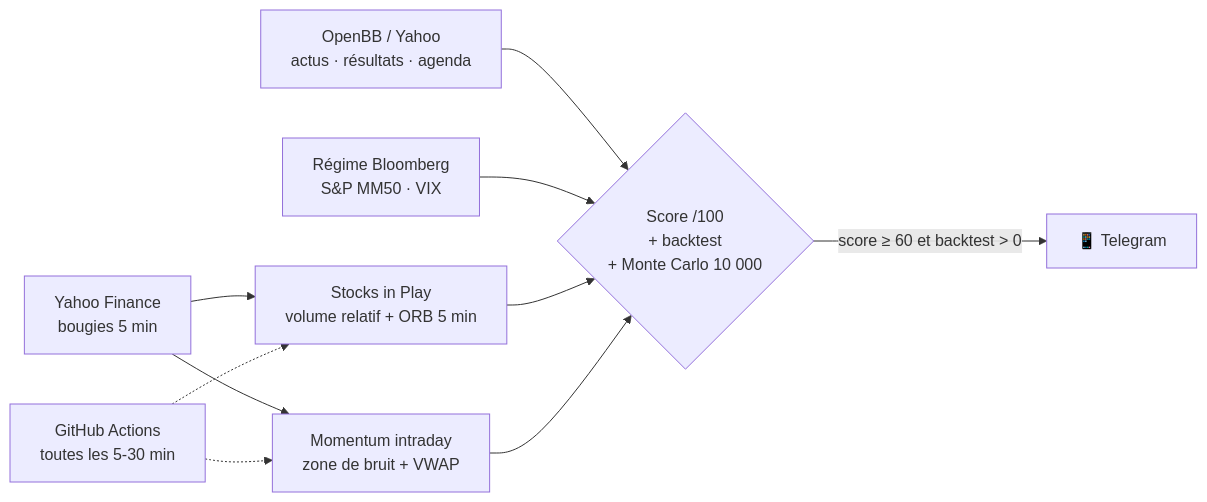
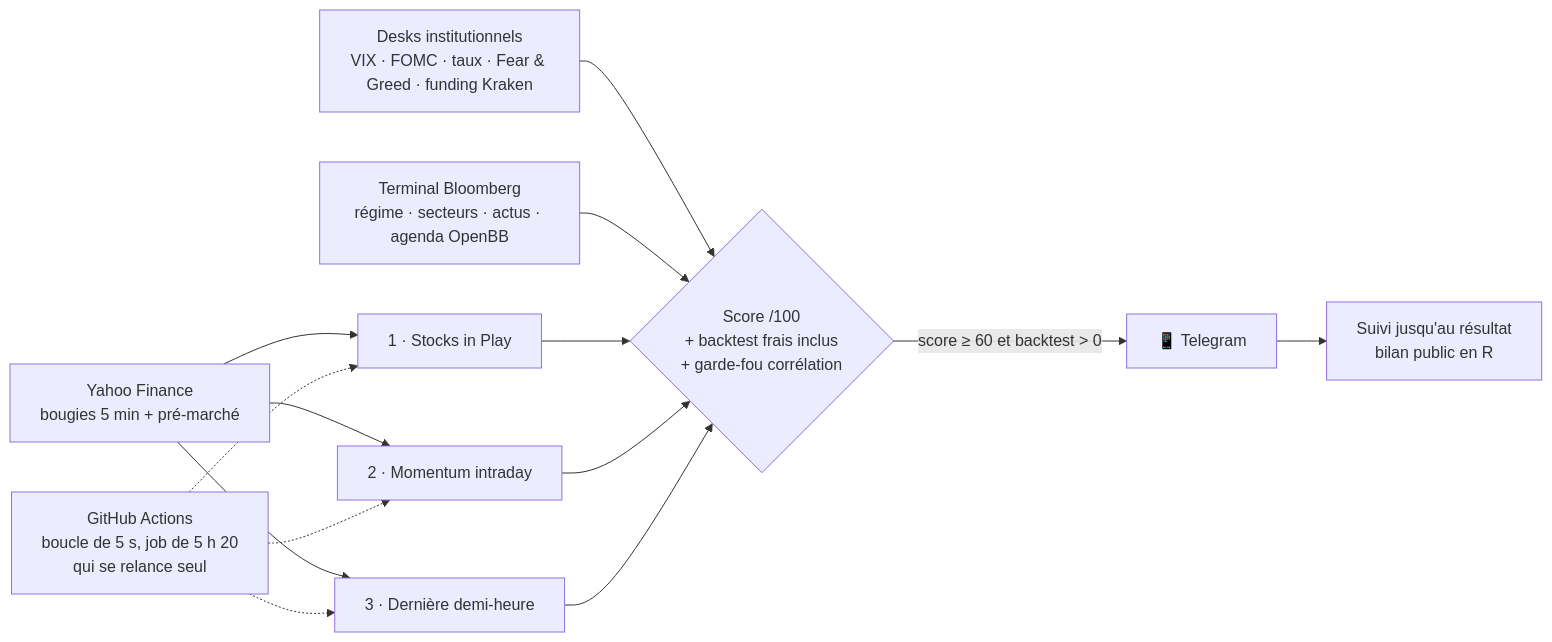
One commit to Taxi77777/crypto-signals-timesfm changed the diagram in README.md. Above: the diagram before and after it, drawn with Mermaid. The commit also changed other lines of this file and 9 other files, not shown here.

````diff
--- a/README.md
+++ b/README.md
@@ -83,11 +93,12 @@
 ```mermaid
 flowchart LR
-    Y[Yahoo Finance<br/>bougies 5 min] --> S1[Stocks in Play<br/>volume relatif + ORB 5 min]
-    Y --> S2[Momentum intraday<br/>zone de bruit + VWAP]
-    O[OpenBB / Yahoo<br/>actus · résultats · agenda] --> C
-    R[Régime Bloomberg<br/>S&P MM50 · VIX] --> C
-    S1 --> C{Score /100<br/>+ backtest<br/>+ Monte Carlo 10 000}
-    S2 --> C
+    Y[Yahoo Finance<br/>bougies 5 min + pré-marché] --> S1[1 · Stocks in Play]
+    Y --> S2[2 · Momentum intraday]
+    Y --> S3[3 · Dernière demi-heure]
+    D[Desks institutionnels<br/>VIX · FOMC · taux · Fear & Greed · funding Kraken] --> C
+    R[Terminal Bloomberg<br/>régime · secteurs · actus · agenda OpenBB] --> C
+    S1 & S2 & S3 --> C{Score /100<br/>+ backtest frais inclus<br/>+ garde-fou corrélation}
     C -->|score ≥ 60 et backtest > 0| T[📱 Telegram]
-    G[GitHub Actions<br/>toutes les 5-30 min] -.-> S1 & S2
+    T --> K[Suivi jusqu'au résultat<br/>bilan public en R]
+    G[GitHub Actions<br/>boucle de 5 s, job de 5 h 20<br/>qui se relance seul] -.-> S1 & S2 & S3
 ```
````
